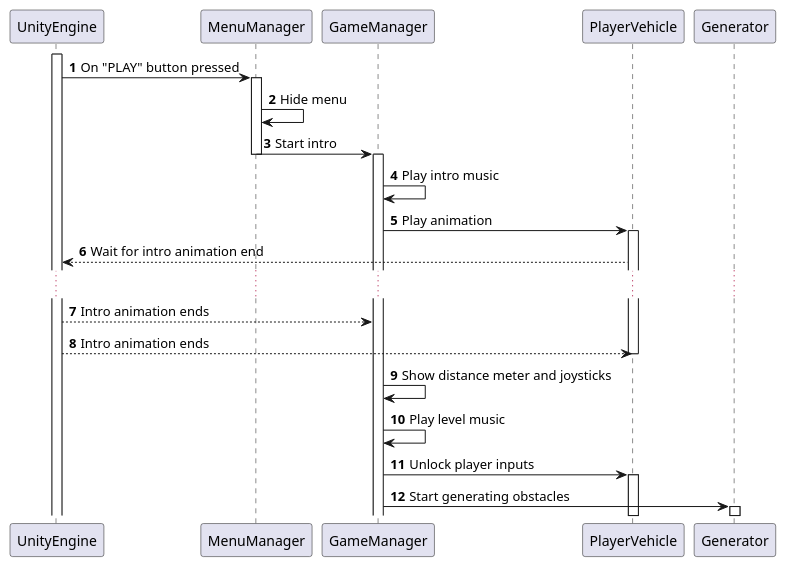
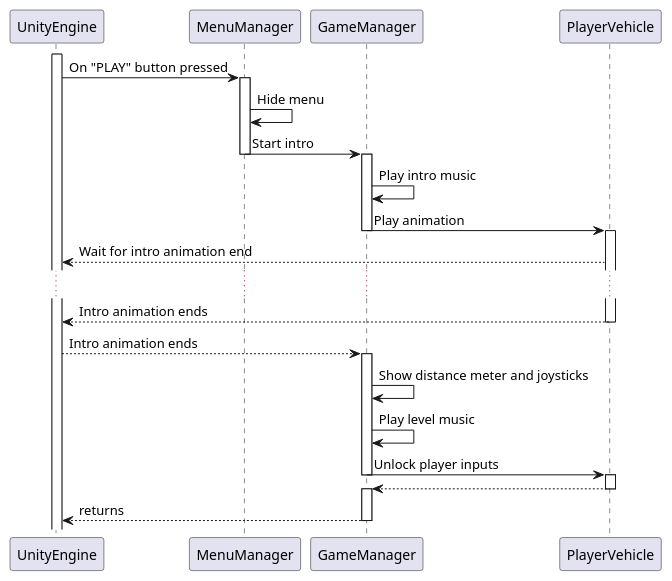
Before and after one commit to CKTA00/Robbery_Rush_UML: the diagram in UML/UI_sequence_diagram.puml, drawn with PlantUML. The commit also changed 2 other files, not shown here.

```diff
--- a/UML/UI_sequence_diagram.puml
+++ b/UML/UI_sequence_diagram.puml
@@ -1,26 +1,25 @@
 @startuml
 'https://plantuml.com/sequence-diagram
-
-autonumber
 
 participant UnityEngine
 activate UnityEngine
 
 UnityEngine -> MenuManager ++: On "PLAY" button pressed
 MenuManager -> MenuManager : Hide menu
 MenuManager -> GameManager --++ : Start intro
 GameManager->GameManager  : Play intro music
-GameManager-> PlayerVehicle ++: Play animation
+GameManager-> PlayerVehicle --++: Play animation
 PlayerVehicle --> UnityEngine : Wait for intro animation end
 ...
-UnityEngine --> GameManager : Intro animation ends
-UnityEngine --> PlayerVehicle : Intro animation ends
-deactivate PlayerVehicle
+UnityEngine <-- PlayerVehicle --: Intro animation ends
+UnityEngine --> GameManager ++: Intro animation ends
+
 GameManager -> GameManager: Show distance meter and joysticks
 GameManager -> GameManager: Play level music
-GameManager -> PlayerVehicle : Unlock player inputs
-activate PlayerVehicle
-GameManager -> Generator ++: Start generating obstacles
+GameManager -> PlayerVehicle --++: Unlock player inputs
+GameManager <-- PlayerVehicle --++
+
+GameManager --> UnityEngine --: returns
 
 
 @enduml
```
